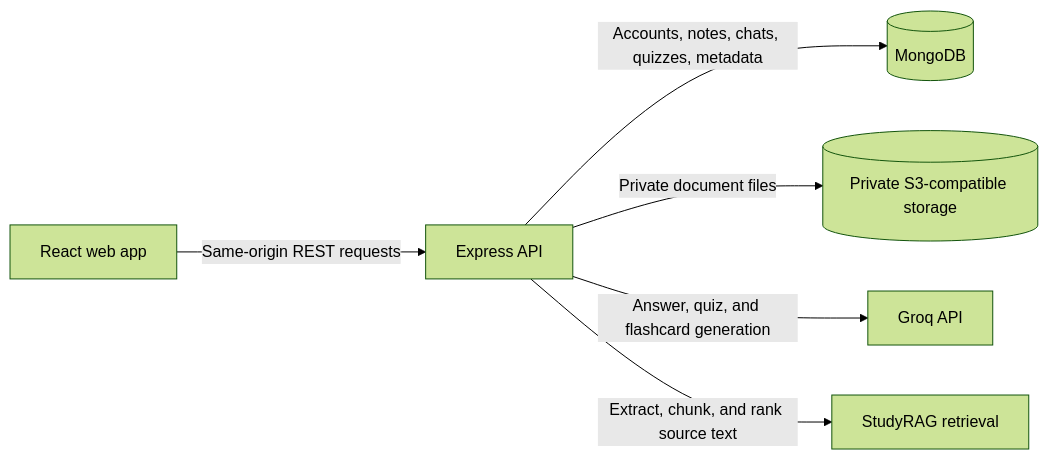
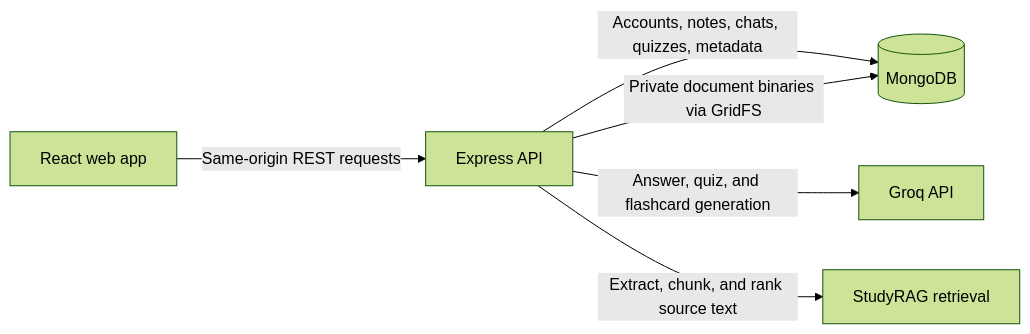
The diagram in README.md (aakash-bhade/StudyRAG), drawn with Mermaid (forest theme) before and after one commit. The commit also changed other lines of this file and 13 other files, not shown here.

````diff
--- a/README.md
+++ b/README.md
@@ -23,8 +23,8 @@
 ```mermaid
 flowchart LR
     Browser[React web app] -->|Same-origin REST requests| API[Express API]
     API -->|Accounts, notes, chats, quizzes, metadata| DB[(MongoDB)]
-    API -->|Private document files| Storage[(Private S3-compatible storage)]
+    API -->|Private document binaries via GridFS| DB
     API -->|Answer, quiz, and flashcard generation| Groq[Groq API]
     API -->|Extract, chunk, and rank source text| Retrieval[StudyRAG retrieval]
 ```
````
